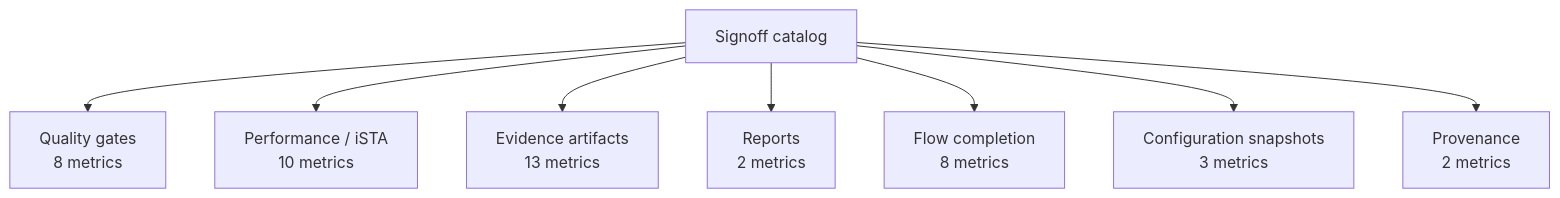
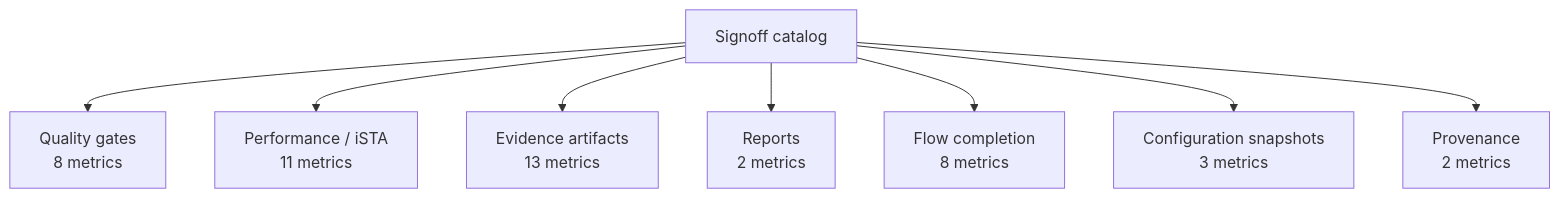
One commit to openecos-projects/ecc changed the second of 57 diagrams in .github/signoff-board/signoff-kanban.md. Above: the diagram before and after it, drawn with Mermaid. The commit also changed other lines of this file and 1 other file, not shown here.

````diff
--- a/.github/signoff-board/signoff-kanban.md
+++ b/.github/signoff-board/signoff-kanban.md
@@ -101,18 +102,18 @@
 ```mermaid
 flowchart TB
   hub["Signoff catalog"]
   map_quality_gate["Quality gates<br/>8 metrics"]
   hub --> map_quality_gate
-  map_performance["Performance / iSTA<br/>10 metrics"]
+  map_performance["Performance / iSTA<br/>11 metrics"]
   hub --> map_performance
   map_artifact["Evidence artifacts<br/>13 metrics"]
   hub --> map_artifact
   map_report["Reports<br/>2 metrics"]
   hub --> map_report
   map_flow["Flow completion<br/>8 metrics"]
   hub --> map_flow
   map_configuration["Configuration snapshots<br/>3 metrics"]
   hub --> map_configuration
   map_provenance["Provenance<br/>2 metrics"]
   hub --> map_provenance
 ```
````
